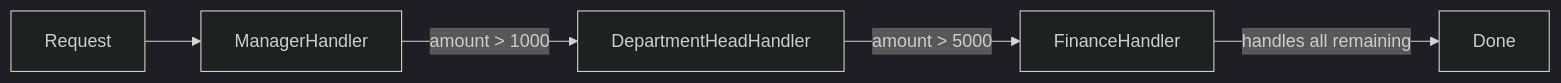
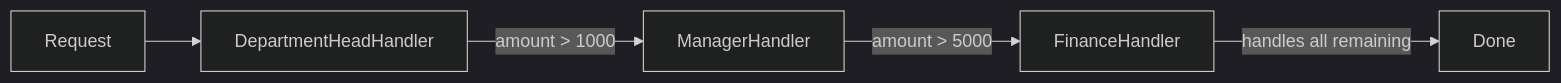
The first of 2 diagrams in design-patternz/src/main/java/com/zhuzz/design/patternz/chainofresponsibility/reimbursement/README.md (JulianZhuCode/23-design-pattern), drawn with Mermaid (dark theme) before and after one commit. The commit also changed other lines of this file and 19 other files, not shown here.

````diff
--- a/design-patternz/src/main/java/com/zhuzz/design/patternz/chainofresponsibility/reimbursement/README.md
+++ b/design-patternz/src/main/java/com/zhuzz/design/patternz/chainofresponsibility/reimbursement/README.md
@@ -8,7 +8,7 @@
 ```mermaid
 flowchart LR
-    R[Request] --> M[ManagerHandler]
-    M -->|amount > 1000| D[DepartmentHeadHandler]
-    D -->|amount > 5000| F[FinanceHandler]
+    R[Request] --> D[DepartmentHeadHandler]
+    D -->|amount > 1000| M[ManagerHandler]
+    M -->|amount > 5000| F[FinanceHandler]
     F -->|handles all remaining| Done[Done]
 ```
````
